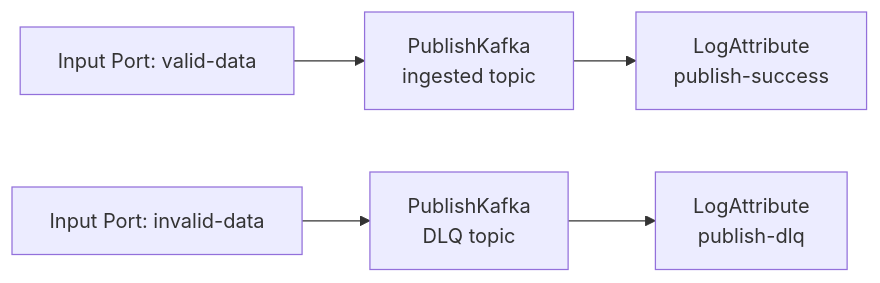
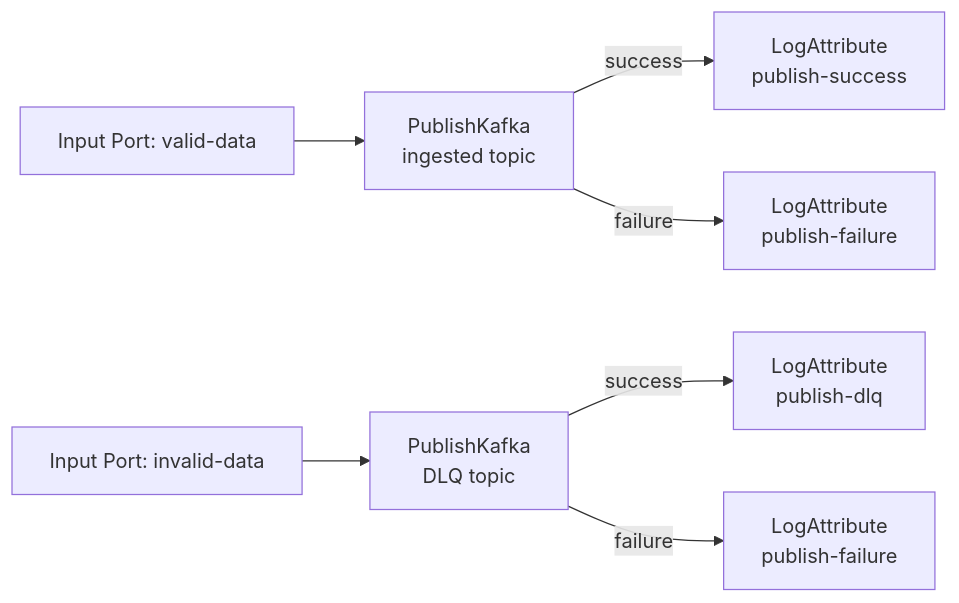
The eighth of 8 diagrams in config/nifi/process-group-design.md (roadseeker/study-data-pipeline), drawn with Mermaid before and after one commit. The commit also changed other lines of this file and 1 other file, not shown here.

First line of the commit message:
Week 3 NiFi 가이드와 플로우 표준화 정리

````diff
--- a/config/nifi/process-group-design.md
+++ b/config/nifi/process-group-design.md
@@ -448,8 +468,10 @@
 ```mermaid
 flowchart LR
     A["Input Port: valid-data"] --> B["PublishKafka<br/>ingested topic"]
-    B --> C["LogAttribute<br/>publish-success"]
+    B -->|success| C["LogAttribute<br/>publish-success"]
+    B -->|failure| D["LogAttribute<br/>publish-failure"]
 
-    D["Input Port: invalid-data"] --> E["PublishKafka<br/>DLQ topic"]
-    E --> F["LogAttribute<br/>publish-dlq"]
+    E["Input Port: invalid-data"] --> F["PublishKafka<br/>DLQ topic"]
+    F -->|success| G["LogAttribute<br/>publish-dlq"]
+    F -->|failure| H["LogAttribute<br/>publish-failure"]
 ```
````
